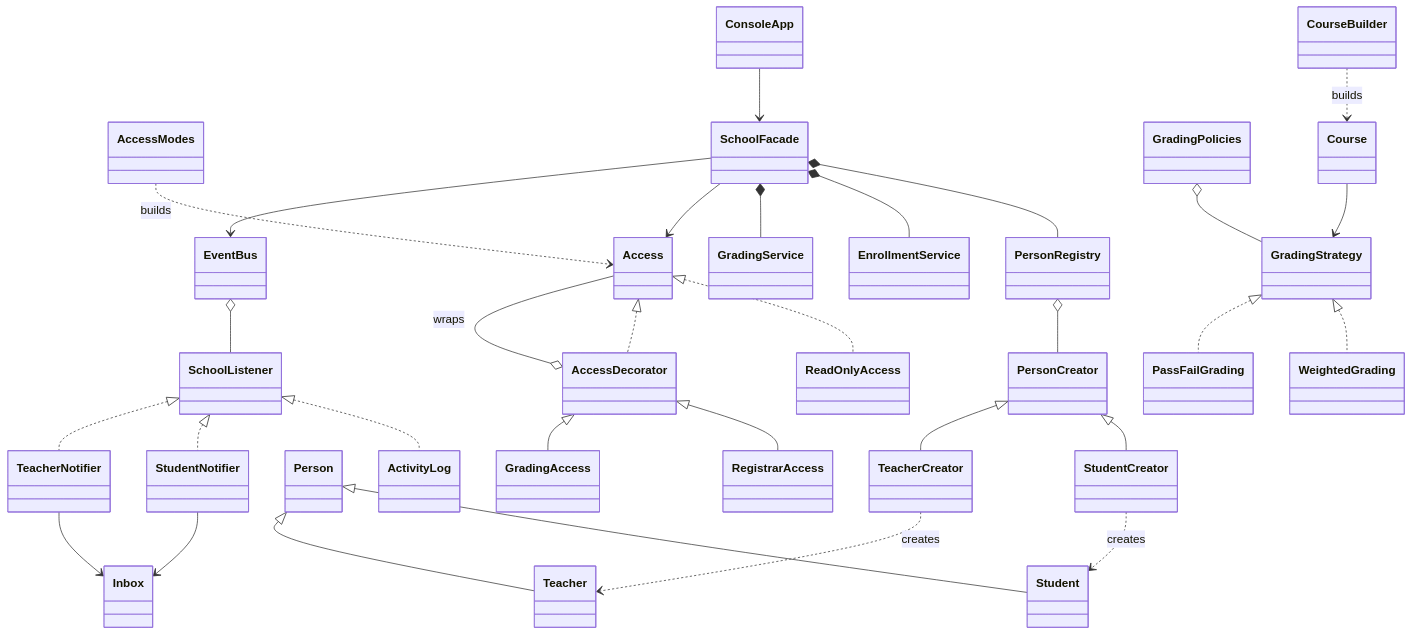
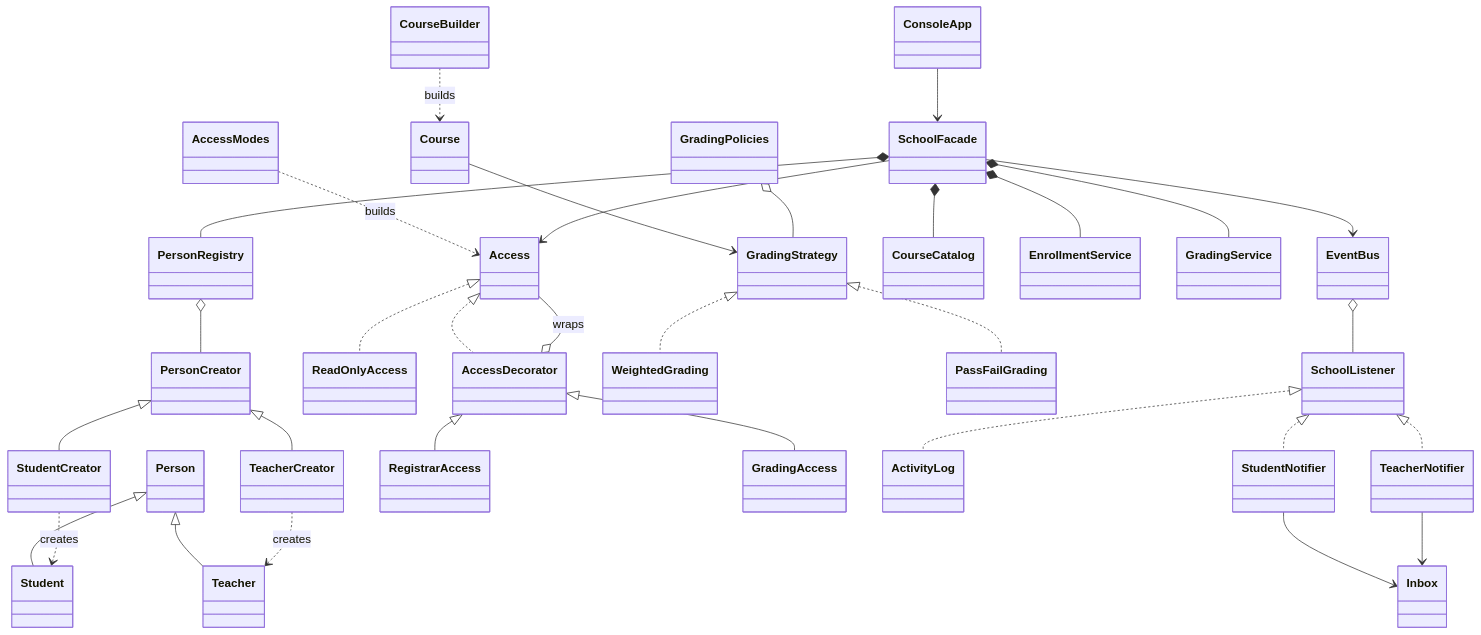
The first of 2 diagrams in docs/architecture.md (Asylstyle/school-management-system), drawn with Mermaid before and after one commit. The commit also changed other lines of this file and 32 other files, not shown here.

````diff
--- a/docs/architecture.md
+++ b/docs/architecture.md
@@ -19,33 +19,34 @@
 ```mermaid
 classDiagram
   PersonCreator <|-- StudentCreator
   PersonCreator <|-- TeacherCreator
   Person <|-- Student
   Person <|-- Teacher
   StudentCreator ..> Student : creates
   TeacherCreator ..> Teacher : creates
   PersonRegistry o-- PersonCreator
   Access <|.. ReadOnlyAccess
   Access <|.. AccessDecorator
   AccessDecorator o-- Access : wraps
   AccessDecorator <|-- RegistrarAccess
   AccessDecorator <|-- GradingAccess
   AccessModes ..> Access : builds
   CourseBuilder ..> Course : builds
   Course --> GradingStrategy
   GradingStrategy <|.. WeightedGrading
   GradingStrategy <|.. PassFailGrading
   GradingPolicies o-- GradingStrategy
   SchoolFacade *-- PersonRegistry
+  SchoolFacade *-- CourseCatalog
   SchoolFacade *-- EnrollmentService
   SchoolFacade *-- GradingService
   SchoolFacade --> Access
   SchoolFacade --> EventBus
   EventBus o-- SchoolListener
   SchoolListener <|.. ActivityLog
   SchoolListener <|.. StudentNotifier
   SchoolListener <|.. TeacherNotifier
   StudentNotifier --> Inbox
   TeacherNotifier --> Inbox
   ConsoleApp --> SchoolFacade
 ```
````
